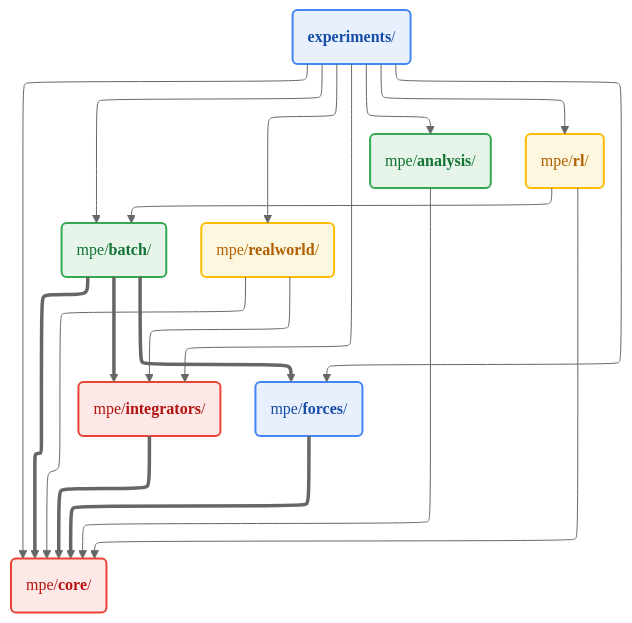
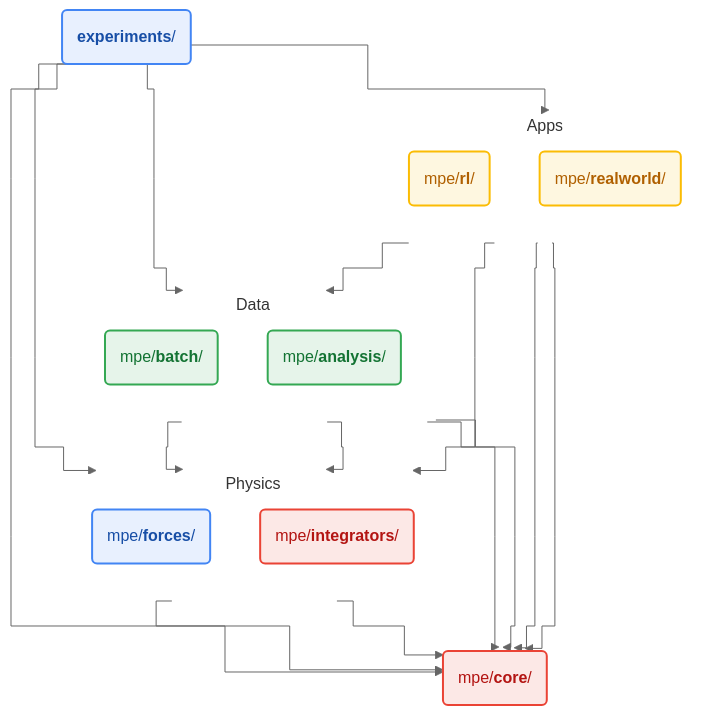
One commit to suriyasureshok/Minimal_Physics_Simulator changed the fifth of 5 diagrams in README.md. Above: the diagram before and after it, drawn with Mermaid (neutral theme).

Commit message:
Updated mermaid chart

````diff
--- a/README.md
+++ b/README.md
@@ -458,28 +458,60 @@
 ```mermaid
----
-config:
-  layout: elk
----
-flowchart TB
-    Exp("<b>experiments</b>/") --> Core("mpe/<b>core</b>/") & Int("mpe/<b>integrators</b>/") & Force("mpe/<b>forces</b>/") & Batch("mpe/<b>batch</b>/") & Analysis("mpe/<b>analysis</b>/") & RL("mpe/<b>rl</b>/") & Real("mpe/<b>realworld</b>/")
-    Int ==> Core
-    Force ==> Core
-    Batch ==> Core & Int & Force
-    Analysis --> Core
-    RL --> Batch & Core
-    Real --> Core & Int
-
-     Exp:::gBlue
-     Core:::gRed
-     Int:::gRed
-     Force:::gBlue
-     Batch:::gGreen
-     Analysis:::gGreen
-     RL:::gYellow
-     Real:::gYellow
-    classDef default font-family:'Google Sans',Arial,sans-serif,color:#202124
+%%{ init: { 'flowchart': { 'curve': 'step' } } }%%
+flowchart TD
+    %% 1. GLOBAL STYLING
+    classDef default font-family:arial,color:#202124
+    
+    %% 2. COLOR CLASSES
     classDef gBlue fill:#E8F0FE,stroke:#4285F4,stroke-width:2px,color:#174EA6
     classDef gRed fill:#FCE8E6,stroke:#EA4335,stroke-width:2px,color:#B31412
     classDef gGreen fill:#E6F4EA,stroke:#34A853,stroke-width:2px,color:#137333
     classDef gYellow fill:#FEF7E0,stroke:#FBBC04,stroke-width:2px,color:#B06000
+
+    %% 3. NODES
+    Exp("<b>experiments</b>/"):::gBlue
+
+    %% 4. GROUPS (Using standard syntax to avoid errors)
+    subgraph Apps
+        direction TB
+        RL("mpe/<b>rl</b>/"):::gYellow
+        Real("mpe/<b>realworld</b>/"):::gYellow
+    end
+
+    subgraph Data
+        direction TB
+        Batch("mpe/<b>batch</b>/"):::gGreen
+        Analysis("mpe/<b>analysis</b>/"):::gGreen
+    end
+
+    subgraph Physics
+        direction TB
+        Force("mpe/<b>forces</b>/"):::gBlue
+        Int("mpe/<b>integrators</b>/"):::gRed
+    end
+
+    Core("mpe/<b>core</b>/"):::gRed
+
+    %% 5. CONNECTIONS
+    Exp --> Apps
+    Exp --> Data
+    Exp --> Physics
+    Exp --> Core
+
+    RL --> Batch
+    RL --> Core
+    Real --> Int
+    Real --> Core
+
+    Batch --> Force
+    Batch --> Int
+    Batch --> Core
+    Analysis --> Core
+
+    Force --> Core
+    Int --> Core
+
+    %% 6. SUBGRAPH STYLING
+    style Apps fill:none,stroke:none
+    style Data fill:none,stroke:none
+    style Physics fill:none,stroke:none
 ```
````
